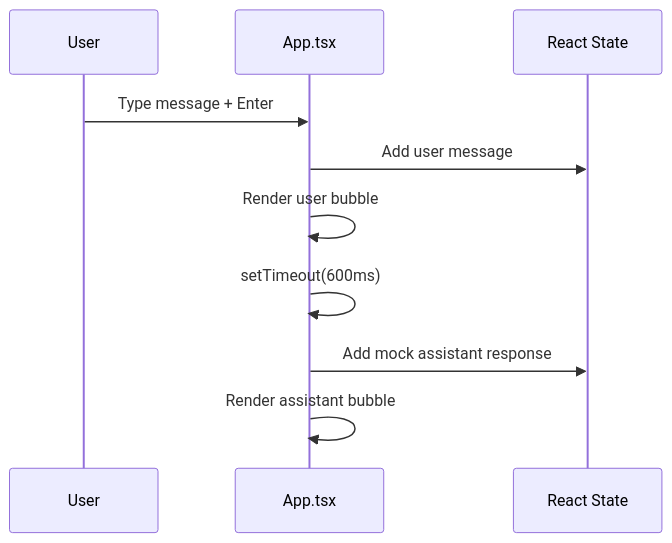
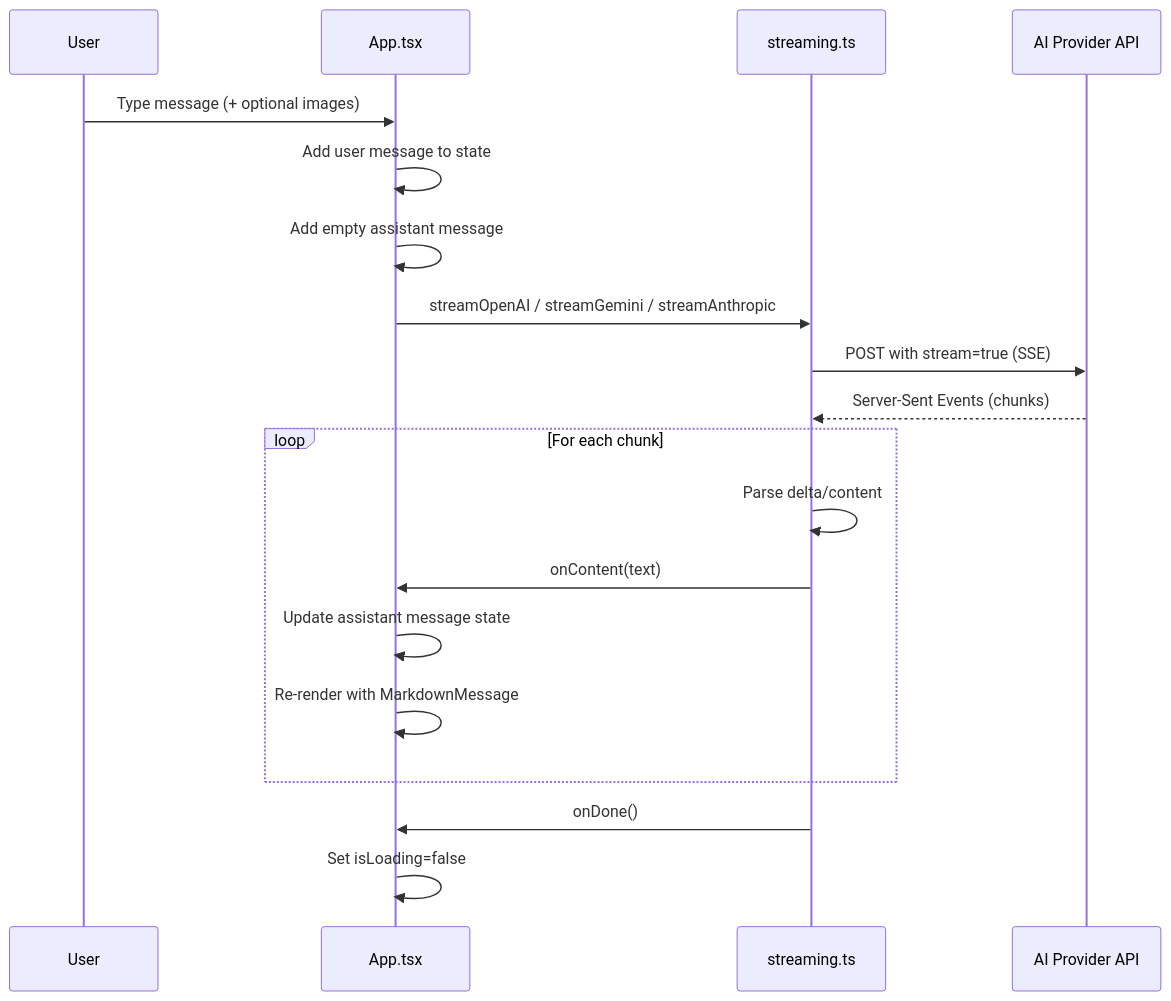
Before and after one commit to RickyDane/gquick: the fifth of 7 diagrams in arch/components/relationships.md, drawn with Mermaid. The commit also changed other lines of this file and 39 other files, not shown here.

````diff
--- a/arch/components/relationships.md
+++ b/arch/components/relationships.md
@@ -131,13 +196,24 @@
 ```mermaid
 sequenceDiagram
     participant User
     participant App as App.tsx
-    participant State as React State
+    participant Stream as streaming.ts
+    participant API as AI Provider API
 
-    User->>App: Type message + Enter
-    App->>State: Add user message
-    App->>App: Render user bubble
-    App->>App: setTimeout(600ms)
-    App->>State: Add mock assistant response
-    App->>App: Render assistant bubble
+    User->>App: Type message (+ optional images)
+    App->>App: Add user message to state
+    App->>App: Add empty assistant message
+    App->>Stream: streamOpenAI / streamGemini / streamAnthropic
+    Stream->>API: POST with stream=true (SSE)
+    API-->>Stream: Server-Sent Events (chunks)
+
+    loop For each chunk
+        Stream->>Stream: Parse delta/content
+        Stream->>App: onContent(text)
+        App->>App: Update assistant message state
+        App->>App: Re-render with MarkdownMessage
+    end
+
+    Stream->>App: onDone()
+    App->>App: Set isLoading=false
 ```
````
